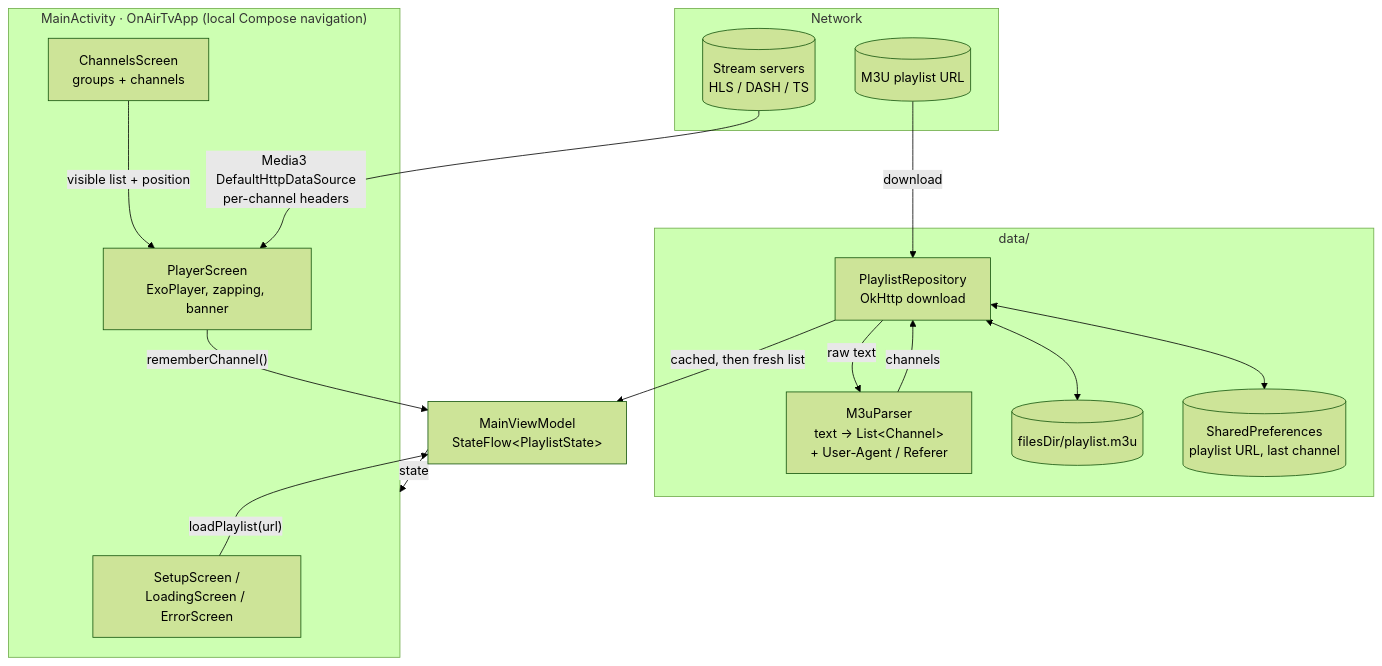
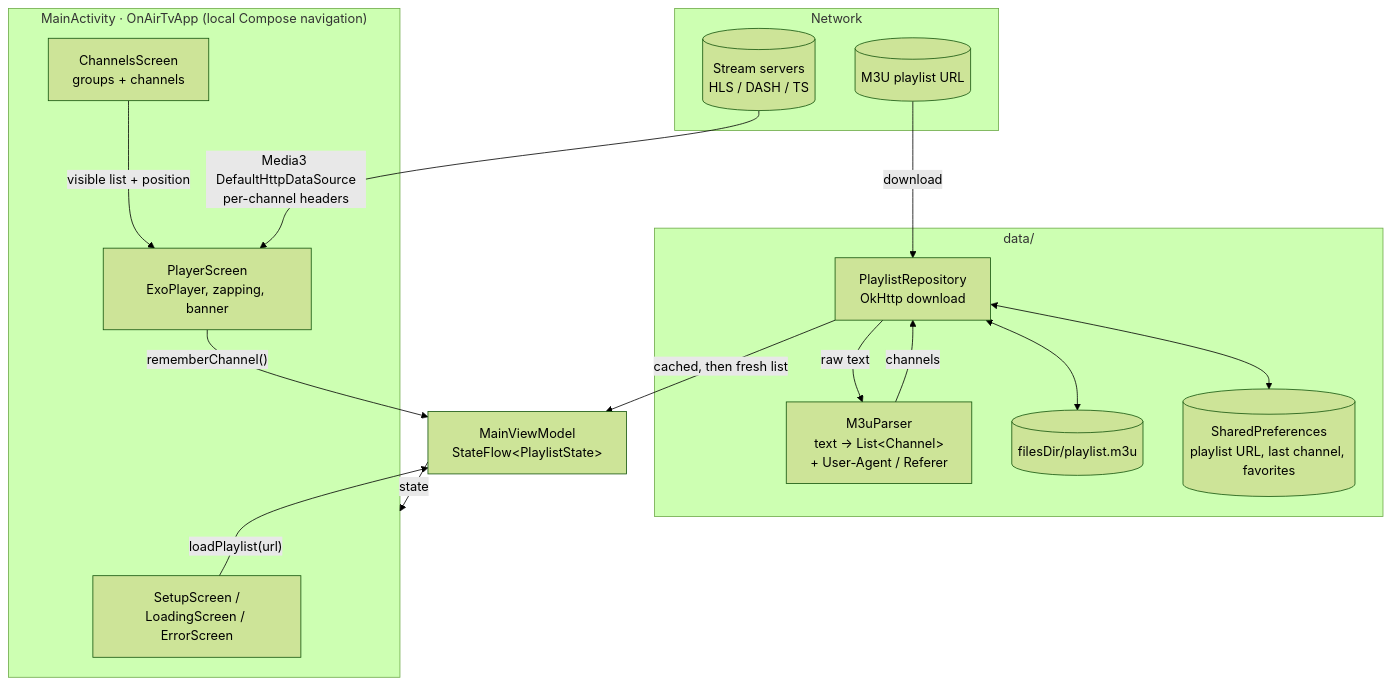
The first of 2 diagrams in README.md (jasmedia/onair-tv), drawn with Mermaid (forest theme) before and after one commit. The commit also changed other lines of this file and 8 other files, not shown here.

First line of the commit message:
Add favorites and channel search

````diff
--- a/README.md
+++ b/README.md
@@ -42,34 +48,34 @@
 ```mermaid
 flowchart TB
     subgraph Remote["Network"]
         PL[("M3U playlist URL")]
         ST[("Stream servers<br/>HLS / DASH / TS")]
     end
 
     subgraph Data["data/"]
         REPO["PlaylistRepository<br/>OkHttp download"]
         PARSER["M3uParser<br/>text → List&lt;Channel&gt;<br/>+ User-Agent / Referer"]
         CACHE[("filesDir/playlist.m3u")]
-        PREFS[("SharedPreferences<br/>playlist URL, last channel")]
+        PREFS[("SharedPreferences<br/>playlist URL, last channel, favorites")]
     end
 
     VM["MainViewModel<br/>StateFlow&lt;PlaylistState&gt;"]
 
     subgraph UI["MainActivity · OnAirTvApp (local Compose navigation)"]
         SETUP["SetupScreen /<br/>LoadingScreen / ErrorScreen"]
         CH["ChannelsScreen<br/>groups + channels"]
         PLAYER["PlayerScreen<br/>ExoPlayer, zapping, banner"]
     end
 
     PL -- "download" --> REPO
     REPO <--> CACHE
     REPO <--> PREFS
     REPO -- "raw text" --> PARSER
     PARSER -- "channels" --> REPO
     REPO -- "cached, then fresh list" --> VM
     VM -- "state" --> UI
     SETUP -- "loadPlaylist(url)" --> VM
     CH -- "visible list + position" --> PLAYER
     PLAYER -- "rememberChannel()" --> VM
     ST -- "Media3 DefaultHttpDataSource<br/>per-channel headers" --> PLAYER
 ```
````
